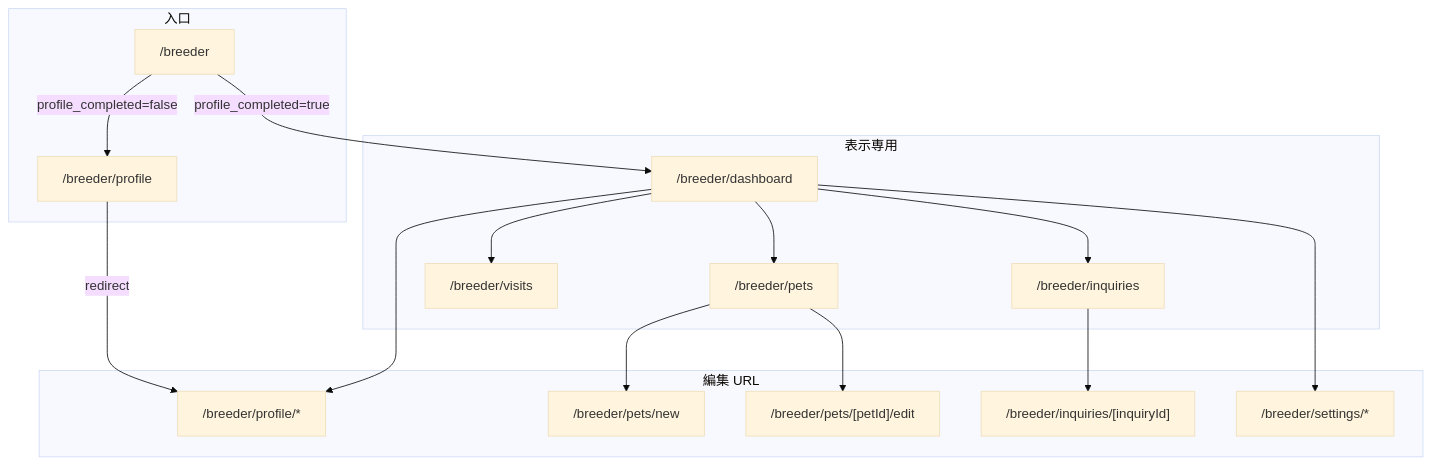
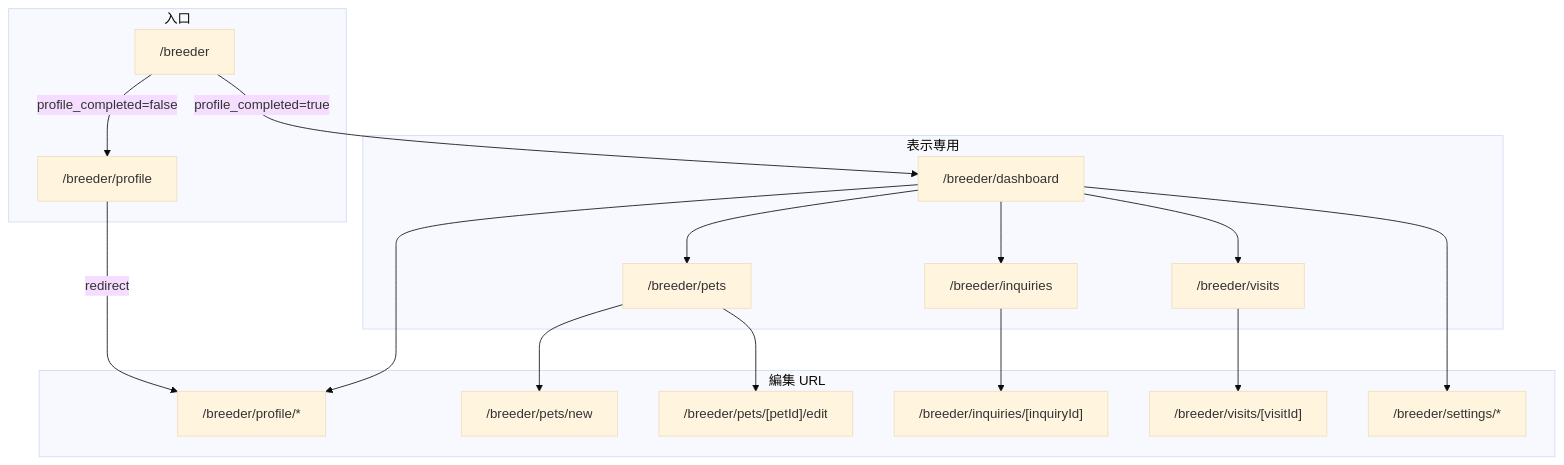
One commit to koji-isono/WithTama changed the first of 6 diagrams in docs/04_画面設計/README.md. Above: the diagram before and after it, drawn with Mermaid (base theme). The commit also changed other lines of this file and 11 other files, not shown here.

````diff
--- a/docs/04_画面設計/README.md
+++ b/docs/04_画面設計/README.md
@@ -39,36 +39,38 @@
 ```mermaid
 flowchart TB
   subgraph entry [入口]
     breederRoot["/breeder"]
     profileEntry["/breeder/profile"]
   end
 
   subgraph display [表示専用]
     dashboard["/breeder/dashboard"]
     petsList["/breeder/pets"]
     visitsList["/breeder/visits"]
     inquiriesList["/breeder/inquiries"]
   end
 
   subgraph edit [編集 URL]
     profileSteps["/breeder/profile/*"]
     petsNew["/breeder/pets/new"]
     petsEdit["/breeder/pets/[petId]/edit"]
     inquiryDetail["/breeder/inquiries/[inquiryId]"]
+    visitDetail["/breeder/visits/[visitId]"]
     settings["/breeder/settings/*"]
   end
 
   breederRoot -->|profile_completed=false| profileEntry
   breederRoot -->|profile_completed=true| dashboard
   profileEntry -->|redirect| profileSteps
 
   dashboard --> petsList
   dashboard --> visitsList
   dashboard --> inquiriesList
   dashboard --> profileSteps
   dashboard --> settings
 
   petsList --> petsNew
   petsList --> petsEdit
   inquiriesList --> inquiryDetail
+  visitsList --> visitDetail
 ```
````
